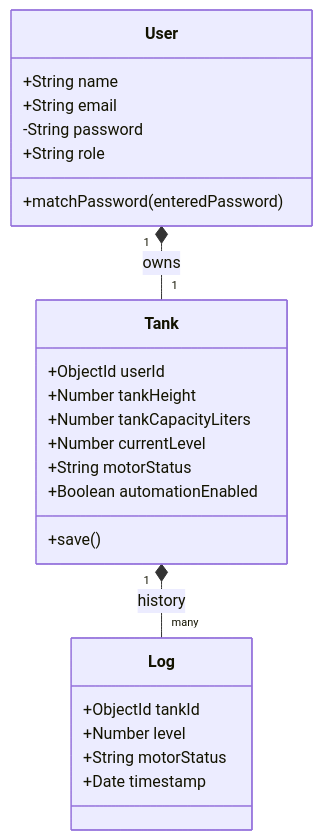
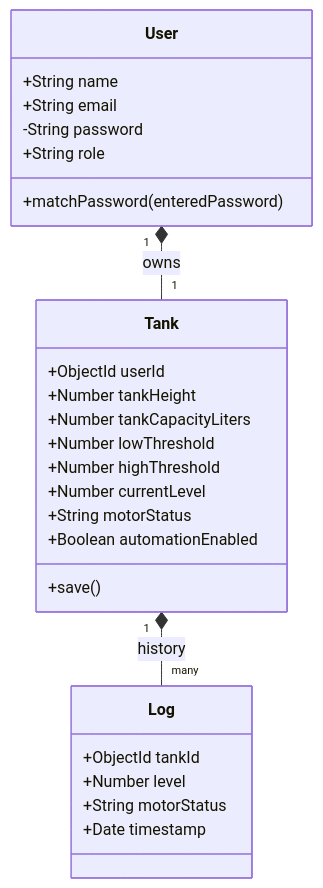
One commit to Yuvaraj007A/water-level-monitor changed the second of 7 diagrams in SYSTEM_ARCHITECTURE.md. Above: the diagram before and after it, drawn with Mermaid. The commit also changed other lines of this file and 23 other files, not shown here.

````diff
--- a/SYSTEM_ARCHITECTURE.md
+++ b/SYSTEM_ARCHITECTURE.md
@@ -50,30 +52,32 @@
 ```mermaid
 classDiagram
     class User {
         +String name
         +String email
         -String password
         +String role
         +matchPassword(enteredPassword)
     }
 
     class Tank {
         +ObjectId userId
         +Number tankHeight
         +Number tankCapacityLiters
+        +Number lowThreshold
+        +Number highThreshold
         +Number currentLevel
         +String motorStatus
         +Boolean automationEnabled
         +save()
     }
 
     class Log {
         +ObjectId tankId
         +Number level
         +String motorStatus
         +Date timestamp
     }
 
     User "1" *-- "1" Tank : owns
     Tank "1" *-- "many" Log : history
 ```
````
